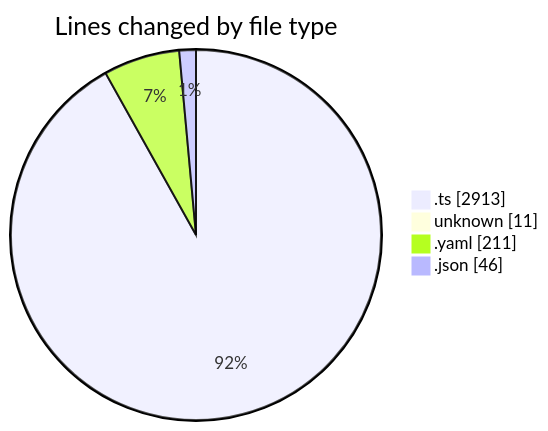
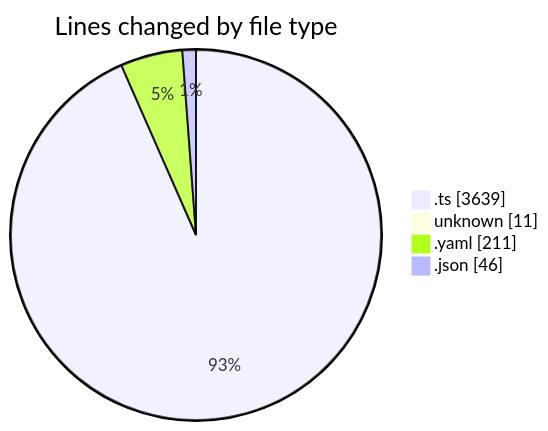
The first of 2 diagrams in 2025-10-01/oura-api/README.md (mevix1/code-tracking), drawn with Mermaid before and after one commit. The commit also changed other lines of this file and 1 other file, not shown here.

````diff
--- a/2025-10-01/oura-api/README.md
+++ b/2025-10-01/oura-api/README.md
@@ -49,8 +49,8 @@
 ```mermaid
 pie showData
 title Lines changed by file type
-".ts" : 2913
+".ts" : 3639
 "unknown" : 11
 ".yaml" : 211
 ".json" : 46
 ```
````
